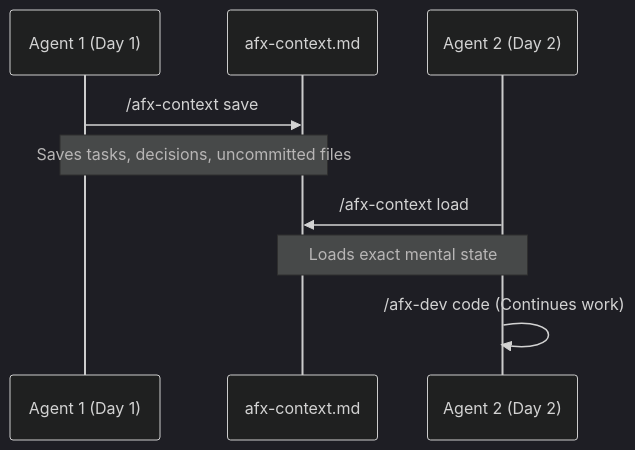
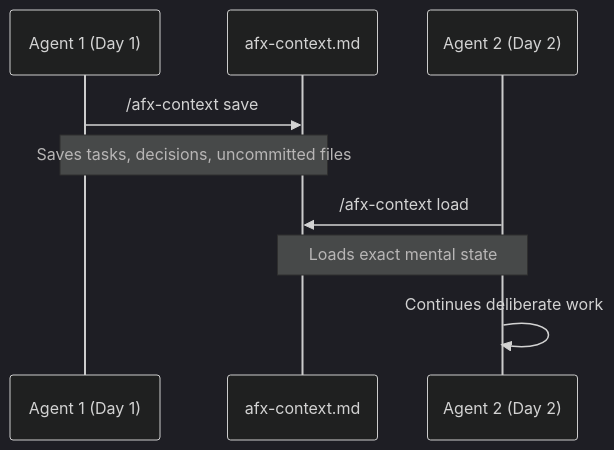
The sixth of 10 diagrams in README.md (rixrix/afx), drawn with Mermaid (dark theme) before and after one commit. The commit also changed other lines of this file and 9 other files, not shown here.

````diff
--- a/README.md
+++ b/README.md
@@ -100,12 +121,12 @@
 ```mermaid
 sequenceDiagram
     participant A as Agent 1 (Day 1)
     participant H as afx-context.md
     participant B as Agent 2 (Day 2)
 
     A->>H: /afx-context save
     Note over A,H: Saves tasks, decisions, uncommitted files
     B->>H: /afx-context load
     Note over H,B: Loads exact mental state
-    B->>B: /afx-dev code (Continues work)
+    B->>B: Continues deliberate work
 ```
````
